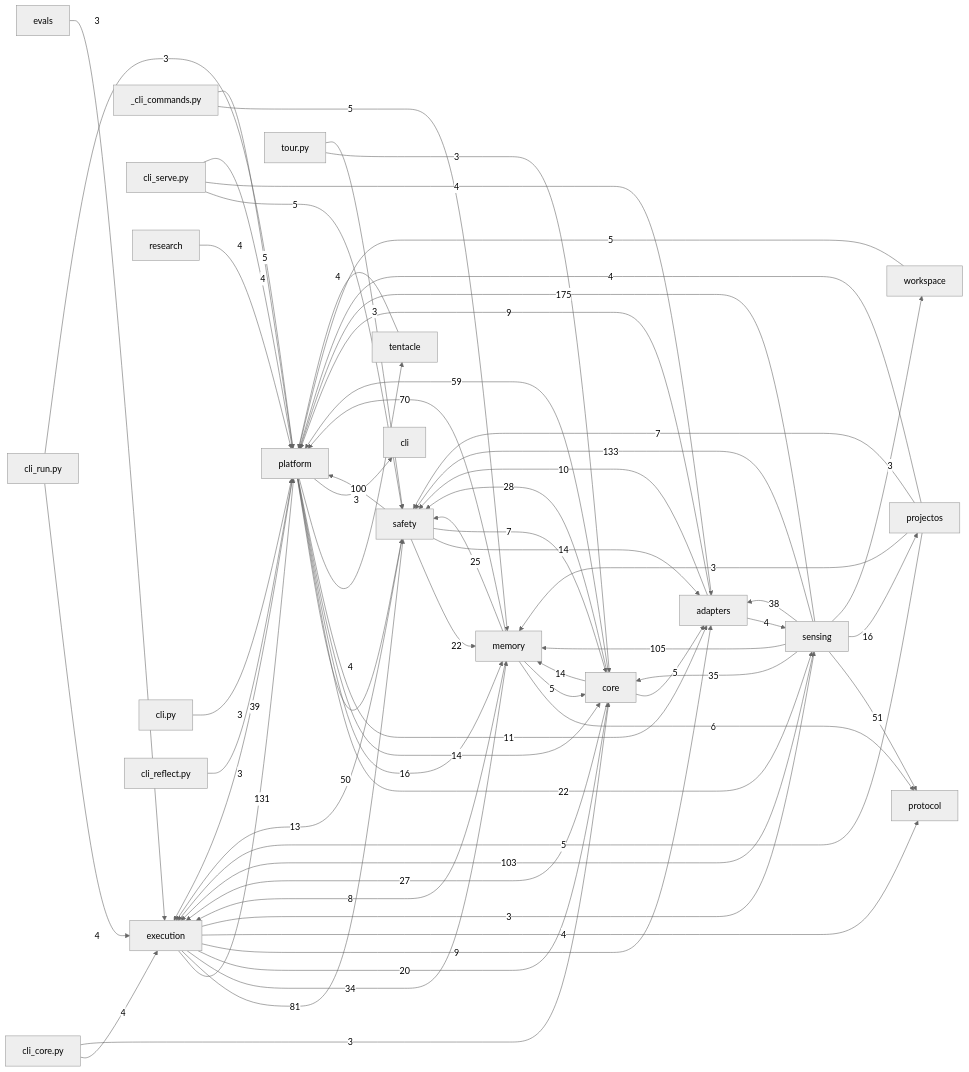
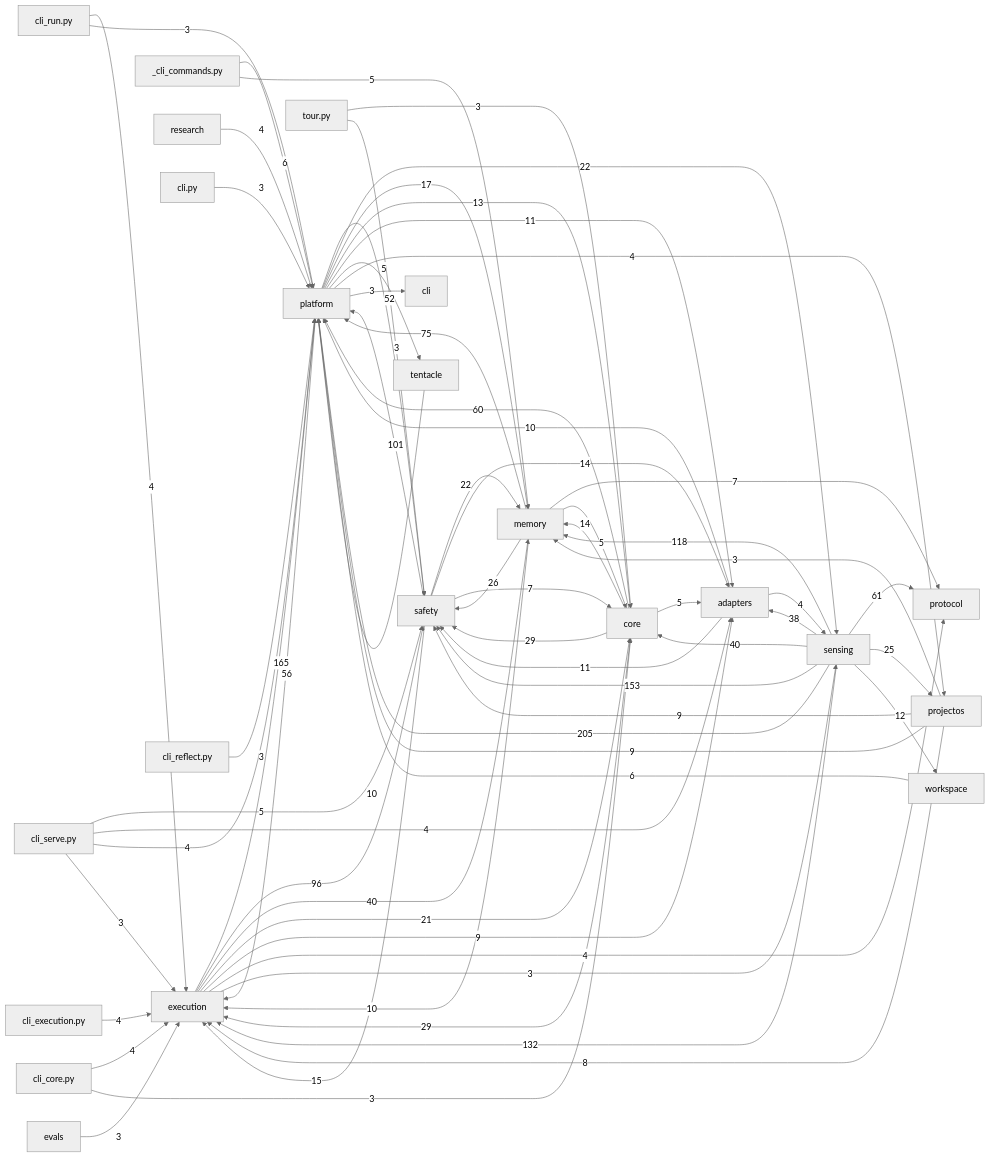
One commit to dengdenghua/echo-ai changed the diagram in docs/auto/20-backend/index.md. Above: the diagram before and after it, drawn with Mermaid (neutral theme). The commit also changed 167 other files, not shown here.

````diff
--- a/docs/auto/20-backend/index.md
+++ b/docs/auto/20-backend/index.md
@@ -26,73 +26,76 @@
 ```mermaid
 graph LR
   execution[execution]
   core[core]
   safety[safety]
   memory[memory]
   sensing[sensing]
   adapters[adapters]
   platform[platform]
-  sensing -- 175 --> platform
-  sensing -- 133 --> safety
-  execution -- 131 --> platform
-  sensing -- 105 --> memory
-  sensing -- 103 --> execution
-  safety -- 100 --> platform
-  execution -- 81 --> safety
-  memory -- 70 --> platform
-  core -- 59 --> platform
-  sensing -- 51 --> protocol
-  platform -- 50 --> safety
-  platform -- 39 --> execution
+  sensing -- 205 --> platform
+  execution -- 165 --> platform
+  sensing -- 153 --> safety
+  sensing -- 132 --> execution
+  sensing -- 118 --> memory
+  safety -- 101 --> platform
+  execution -- 96 --> safety
+  memory -- 75 --> platform
+  sensing -- 61 --> protocol
+  core -- 60 --> platform
+  platform -- 56 --> execution
+  platform -- 52 --> safety
+  execution -- 40 --> memory
+  sensing -- 40 --> core
   sensing -- 38 --> adapters
-  sensing -- 35 --> core
-  execution -- 34 --> memory
-  core -- 28 --> safety
-  core -- 27 --> execution
-  memory -- 25 --> safety
+  core -- 29 --> execution
+  core -- 29 --> safety
+  memory -- 26 --> safety
+  sensing -- 25 --> projectos
   platform -- 22 --> sensing
   safety -- 22 --> memory
-  execution -- 20 --> core
-  platform -- 16 --> memory
-  sensing -- 16 --> projectos
+  execution -- 21 --> core
+  platform -- 17 --> memory
+  safety -- 15 --> execution
   core -- 14 --> memory
-  platform -- 14 --> core
   safety -- 14 --> adapters
-  safety -- 13 --> execution
+  platform -- 13 --> core
+  sensing -- 12 --> workspace
+  adapters -- 11 --> safety
   platform -- 11 --> adapters
-  adapters -- 10 --> safety
-  adapters -- 9 --> platform
+  adapters -- 10 --> platform
+  memory -- 10 --> execution
+  tentacle -- 10 --> platform
   execution -- 9 --> adapters
-  memory -- 8 --> execution
-  projectos -- 7 --> safety
+  projectos -- 9 --> platform
+  projectos -- 9 --> safety
+  projectos -- 8 --> execution
+  memory -- 7 --> protocol
   safety -- 7 --> core
-  memory -- 6 --> protocol
+  _cli_commands.py -- 6 --> platform
+  workspace -- 6 --> platform
   _cli_commands.py -- 5 --> memory
-  _cli_commands.py -- 5 --> platform
   cli_serve.py -- 5 --> safety
   core -- 5 --> adapters
   memory -- 5 --> core
-  projectos -- 5 --> execution
-  workspace -- 5 --> platform
+  platform -- 5 --> tentacle
   adapters -- 4 --> sensing
   cli_core.py -- 4 --> execution
+  cli_execution.py -- 4 --> execution
   cli_run.py -- 4 --> execution
   cli_serve.py -- 4 --> adapters
   cli_serve.py -- 4 --> platform
   execution -- 4 --> protocol
-  platform -- 4 --> tentacle
-  projectos -- 4 --> platform
+  platform -- 4 --> projectos
   research -- 4 --> platform
-  tentacle -- 4 --> platform
   cli.py -- 3 --> platform
   cli_core.py -- 3 --> core
   cli_reflect.py -- 3 --> platform
   cli_run.py -- 3 --> platform
+  cli_serve.py -- 3 --> execution
   evals -- 3 --> execution
   execution -- 3 --> sensing
   platform -- 3 --> cli
   projectos -- 3 --> memory
-  sensing -- 3 --> workspace
   tour.py -- 3 --> core
   tour.py -- 3 --> safety
 ```
````
